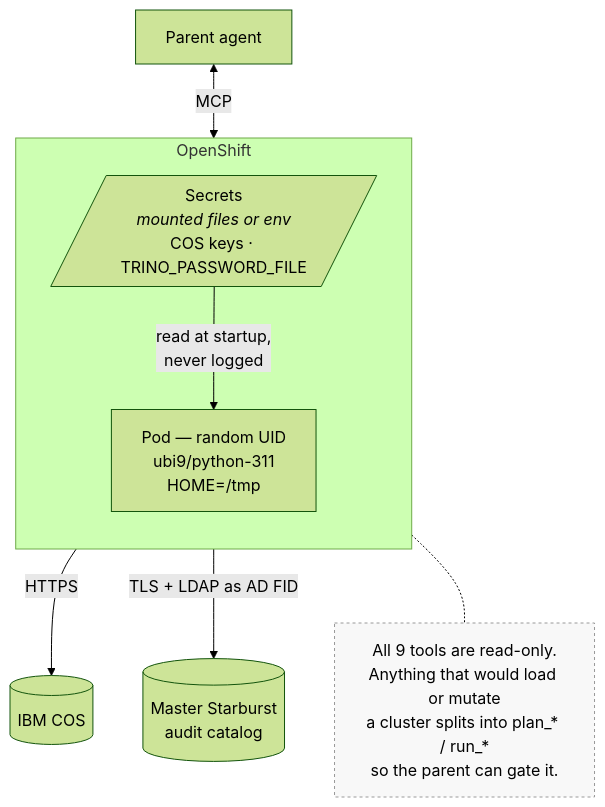
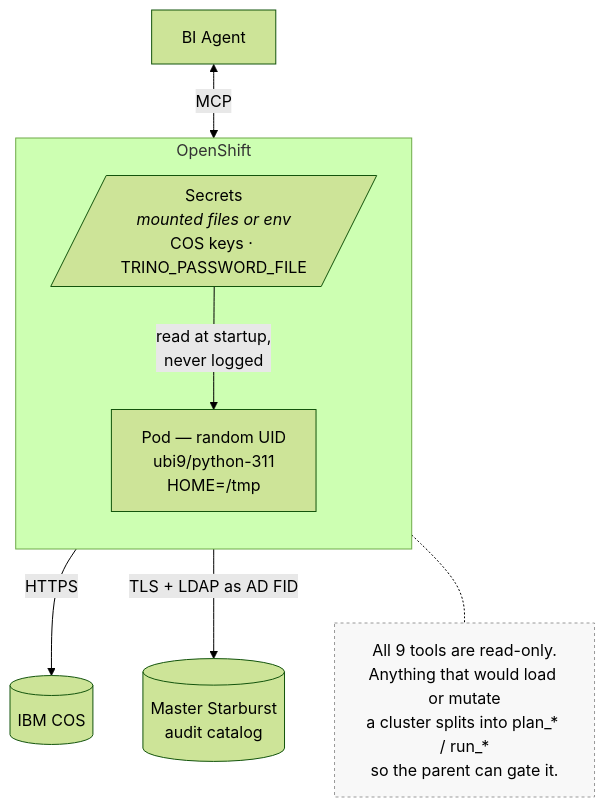
Before and after one commit to gopinathnelluri/sb-agent: the seventh of 8 diagrams in architecture.md, drawn with Mermaid (forest theme). The commit also changed other lines of this file, not shown here.

First line of the commit message:
Correct the component diagram to the real system

````diff
--- a/architecture.md
+++ b/architecture.md
@@ -332,19 +350,19 @@
 ```mermaid
 flowchart TB
     subgraph ocp["OpenShift"]
         direction TB
         pod["Pod — random UID<br/>ubi9/python-311<br/>HOME=/tmp"]
         sec[/"Secrets<br/><i>mounted files or env</i><br/>COS keys · TRINO_PASSWORD_FILE"/]
         sec -->|"read at startup,<br/>never logged"| pod
     end
 
-    parent["Parent agent"] <-->|"MCP"| pod
+    parent["BI Agent"] <-->|"MCP"| pod
     pod -->|"HTTPS"| cos[("IBM COS")]
     pod -->|"TLS + LDAP as AD FID"| sb[("Master Starburst<br/>audit catalog")]
 
     note["All 9 tools are read-only.<br/>Anything that would load or mutate<br/>a cluster splits into plan_* / run_*<br/>so the parent can gate it."]
     pod -.- note
 
     classDef n fill:#f8f8f8,stroke:#999,stroke-dasharray:3 3
     class note n
 ```
````
